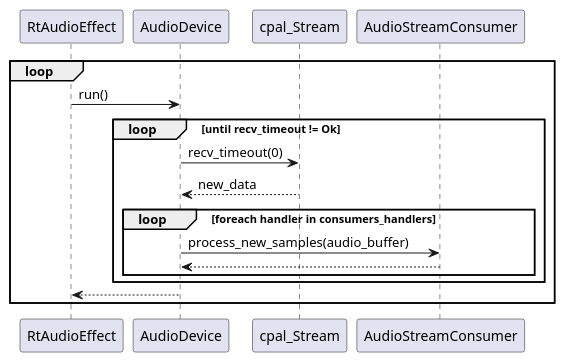
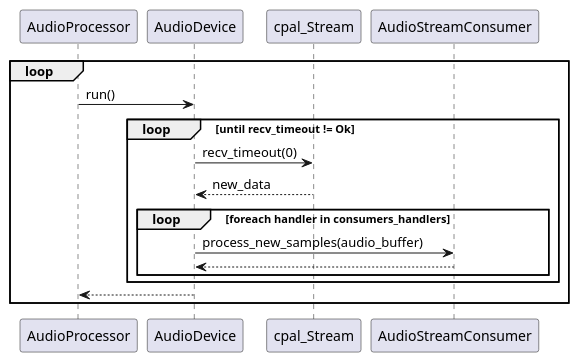
Before and after one commit to walkiewicz125/RtAudioEffect: the diagram in diagrams/run.puml, drawn with PlantUML. The commit also changed 11 other files, not shown here.

```diff
--- a/diagrams/run.puml
+++ b/diagrams/run.puml
@@ -1,20 +1,20 @@
 @startuml "run of processing"
 
 loop
-    RtAudioEffect -> AudioDevice : run()
+    AudioProcessor -> AudioDevice : run()
 
     loop until recv_timeout != Ok
         AudioDevice -> cpal_Stream: recv_timeout(0)
         AudioDevice <-- cpal_Stream : new_data
 
         loop foreach handler in consumers_handlers
             AudioDevice -> AudioStreamConsumer : process_new_samples(audio_buffer)
             AudioDevice <-- AudioStreamConsumer
         end
 
     end
 
-    RtAudioEffect <-- AudioDevice
+    AudioProcessor <-- AudioDevice
 end
 
 @enduml
```
